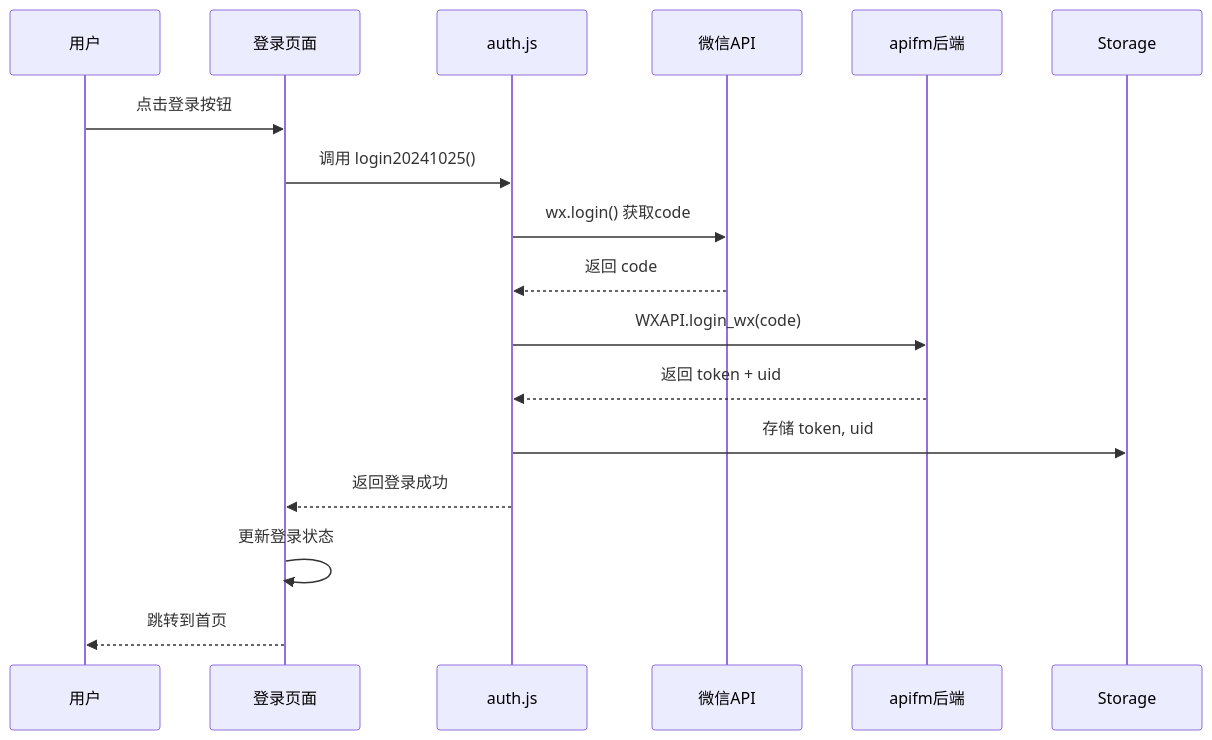
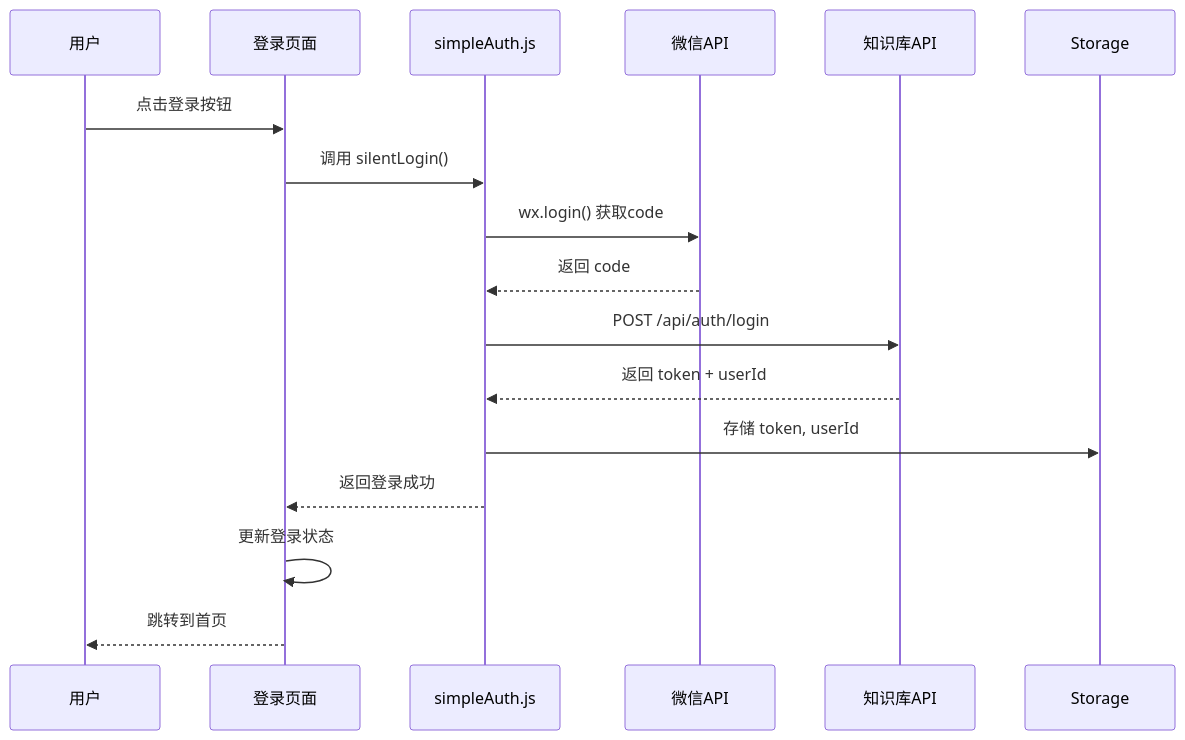
The third of 6 diagrams in docs/technical/ARCHITECTURE.md (zhangleigang/wechat-app-mall), drawn with Mermaid before and after one commit. The commit also changed other lines of this file and 319 other files, not shown here.

````diff
--- a/docs/technical/ARCHITECTURE.md
+++ b/docs/technical/ARCHITECTURE.md
@@ -1435,20 +1432,20 @@
 ```mermaid
 sequenceDiagram
     participant U as 用户
     participant P as 登录页面
-    participant A as auth.js
+    participant A as simpleAuth.js
     participant W as 微信API
-    participant B as apifm后端
+    participant B as 知识库API
     participant S as Storage
     
     U->>P: 点击登录按钮
-    P->>A: 调用 login20241025()
+    P->>A: 调用 silentLogin()
     A->>W: wx.login() 获取code
     W-->>A: 返回 code
-    A->>B: WXAPI.login_wx(code)
-    B-->>A: 返回 token + uid
-    A->>S: 存储 token, uid
+    A->>B: POST /api/auth/login
+    B-->>A: 返回 token + userId
+    A->>S: 存储 token, userId
     A-->>P: 返回登录成功
     P->>P: 更新登录状态
     P-->>U: 跳转到首页
 ```
````
